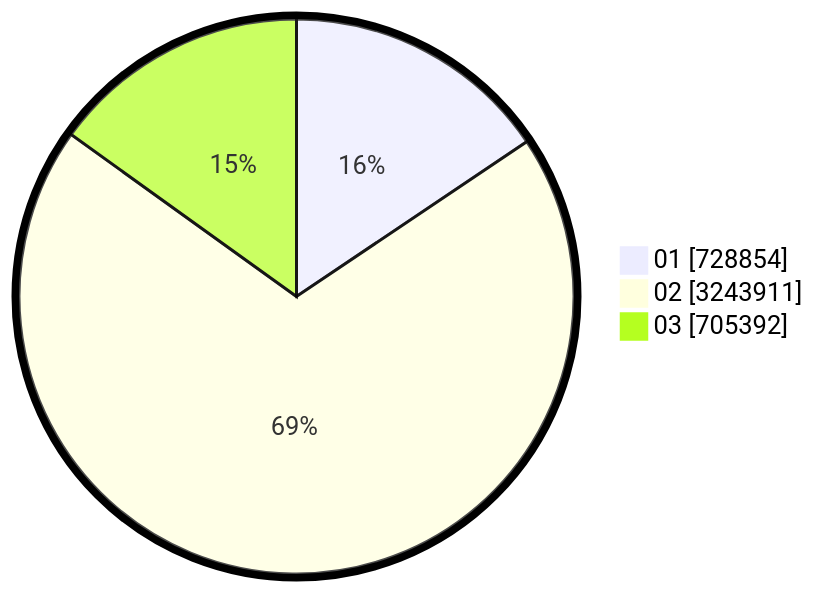
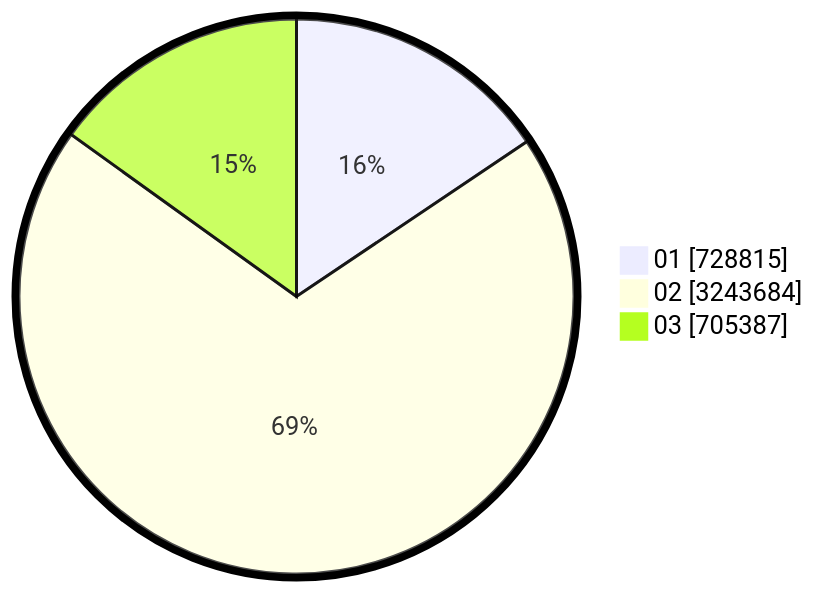
The second of 2 diagrams in pilpres/hitung-suara/sub/table-wilayah-18.md (gigit-pemilu/pemilu-2024), drawn with Mermaid before and after one commit. The commit also changed other lines of this file and 8 other files, not shown here.

````diff
--- a/pilpres/hitung-suara/sub/table-wilayah-18.md
+++ b/pilpres/hitung-suara/sub/table-wilayah-18.md
@@ -15,7 +15,7 @@
 ```mermaid
 %%{init: {"pie": {"textPosition": 0.5}, "themeVariables": {"pieOuterStrokeWidth": "5px"}} }%%
 pie showData
-    "01" : 728854
-    "02" : 3243911
-    "03" : 705392
+    "01" : 728815
+    "02" : 3243684
+    "03" : 705387
 ```
````
